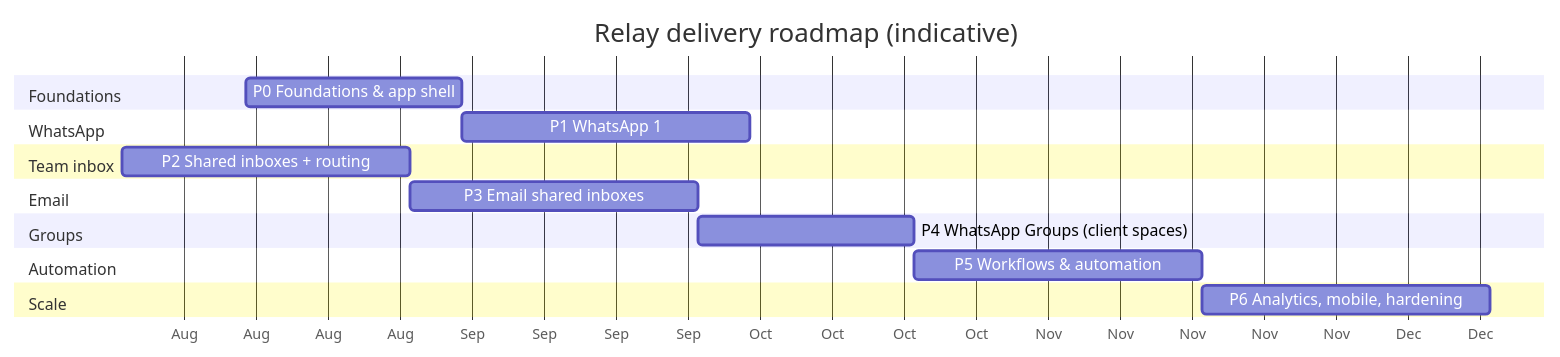
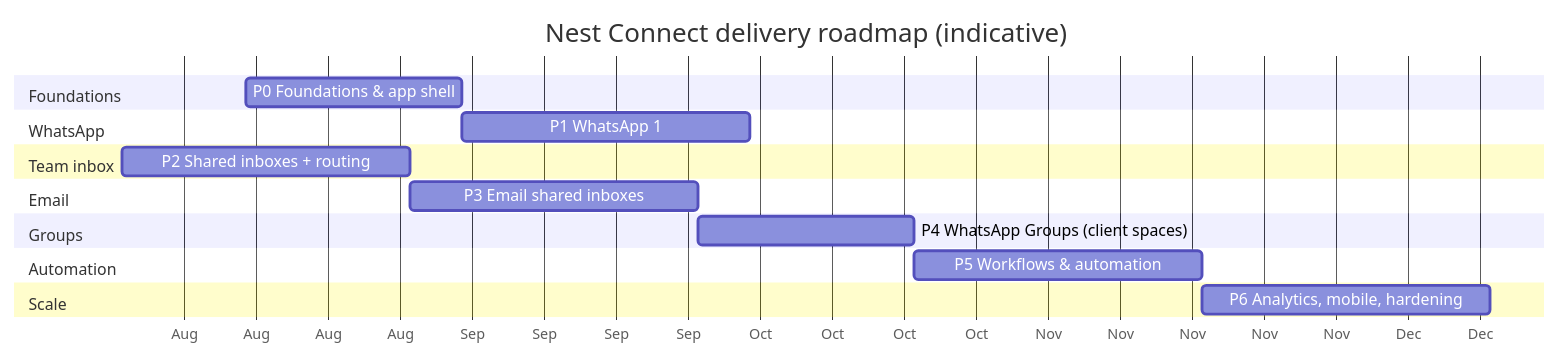
One commit to Nathan-swiftee/NestConnect changed the diagram in docs/06-roadmap.md. Above: the diagram before and after it, drawn with Mermaid. The commit also changed other lines of this file and 14 other files, not shown here.

First line of the commit message:
Rebrand platform to "Nest Connect"

````diff
--- a/docs/06-roadmap.md
+++ b/docs/06-roadmap.md
@@ -7,20 +7,20 @@
 ```mermaid
 gantt
-    title Relay delivery roadmap (indicative)
+    title Nest Connect delivery roadmap (indicative)
     dateFormat  YYYY-MM-DD
     axisFormat  %b
     section Foundations
     P0 Foundations & app shell         :p0, 2026-08-15, 3w
     section WhatsApp
     P1 WhatsApp 1:1 MVP                 :p1, after p0, 4w
     section Team inbox
     P2 Shared inboxes + routing         :p2, after p1, 4w
     section Email
     P3 Email shared inboxes             :p3, after p2, 4w
     section Groups
     P4 WhatsApp Groups (client spaces)  :p4, after p3, 3w
     section Automation
     P5 Workflows & automation           :p5, after p4, 4w
     section Scale
     P6 Analytics, mobile, hardening     :p6, after p5, 4w
 ```
````
